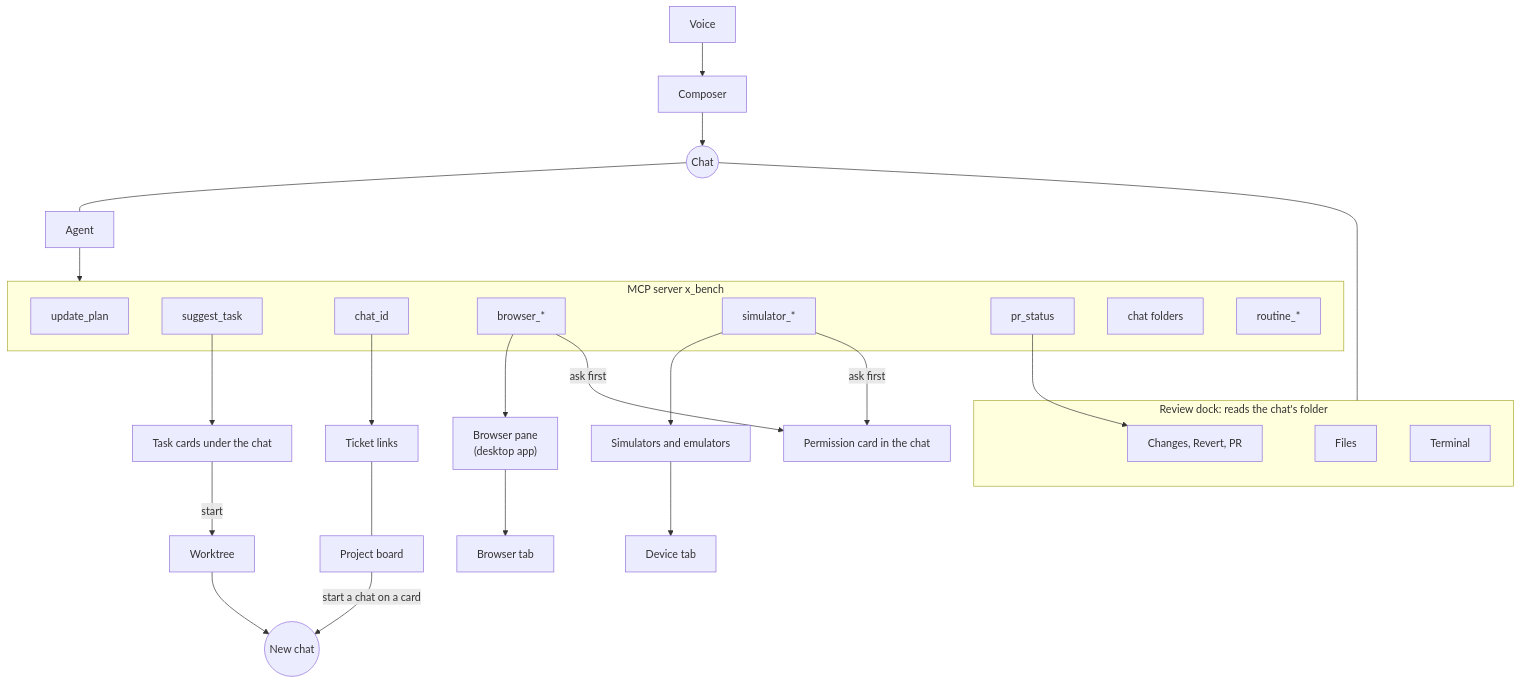
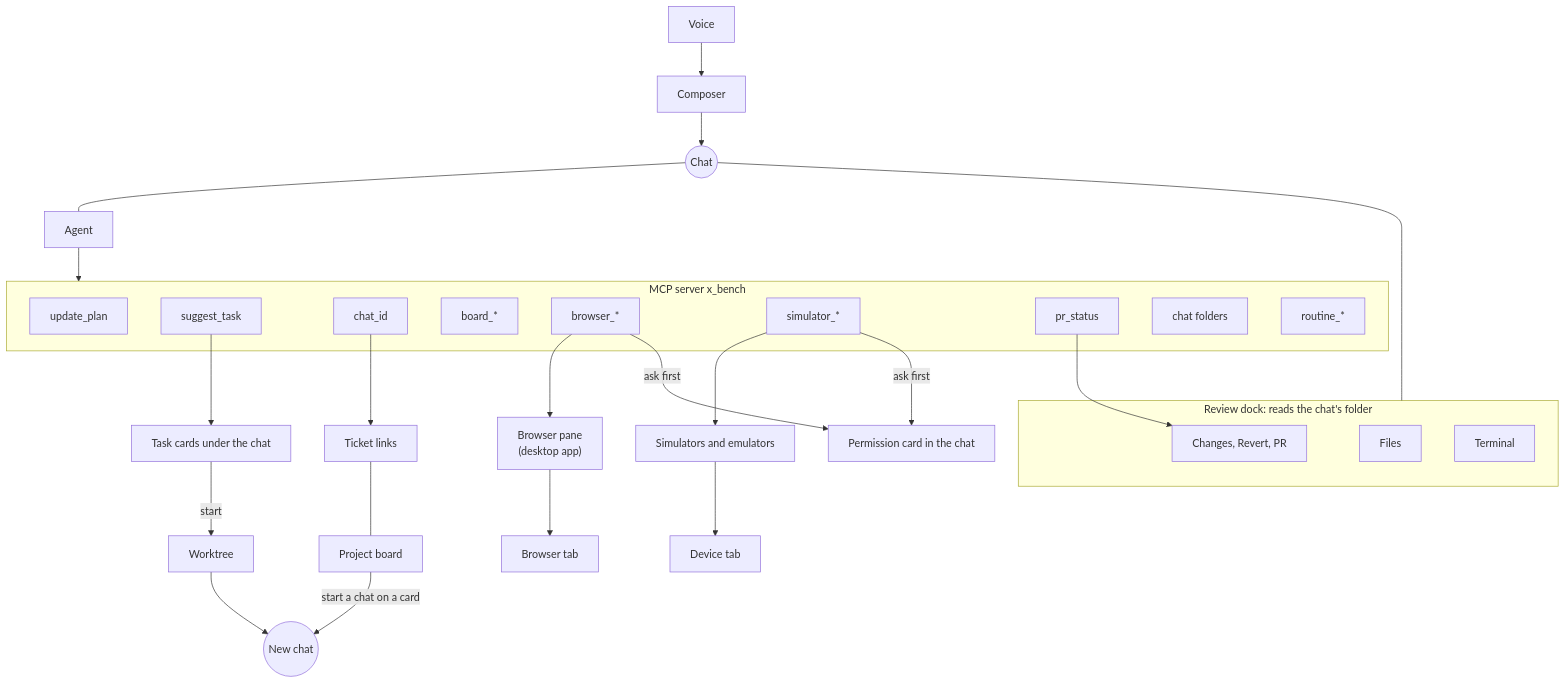
The ninth of 16 diagrams in architecture.md (ThimoEder/x-bench), drawn with Mermaid before and after one commit. The commit also changed other lines of this file and 56 other files, not shown here.

````diff
--- a/architecture.md
+++ b/architecture.md
@@ -364,34 +367,35 @@
 ```mermaid
 flowchart TB
   Chat(("Chat"))
   subgraph dock [Review dock: reads the chat's folder]
     Git["Changes, Revert, PR"]
     Files["Files"]
     Term["Terminal"]
   end
   subgraph tools [MCP server x_bench]
     Plan["update_plan"]
     Suggest["suggest_task"]
     ChatId["chat_id"]
+    BoardTools["board_*"]
     Browser["browser_*"]
     Sim["simulator_*"]
     PR["pr_status"]
     Folders["chat folders"]
     Routines["routine_*"]
   end
   Agent["Agent"] --> tools
   Chat --- Agent
   Chat --- dock
   Browser --> Pane["Browser pane<br/>(desktop app)"]
   Sim --> Devices["Simulators and emulators"]
   Devices --> DeviceTab["Device tab"]
   Pane --> BrowserTab["Browser tab"]
   Browser & Sim -->|"ask first"| Card["Permission card in the chat"]
   Suggest --> Cards["Task cards under the chat"]
   Cards -->|"start"| WT["Worktree"] --> NewChat(("New chat"))
   ChatId --> Links["Ticket links"]
   Board["Project board"] -->|"start a chat on a card"| NewChat
   Links --- Board
   PR --> Git
   Voice["Voice"] --> Composer["Composer"] --> Chat
 ```
````
